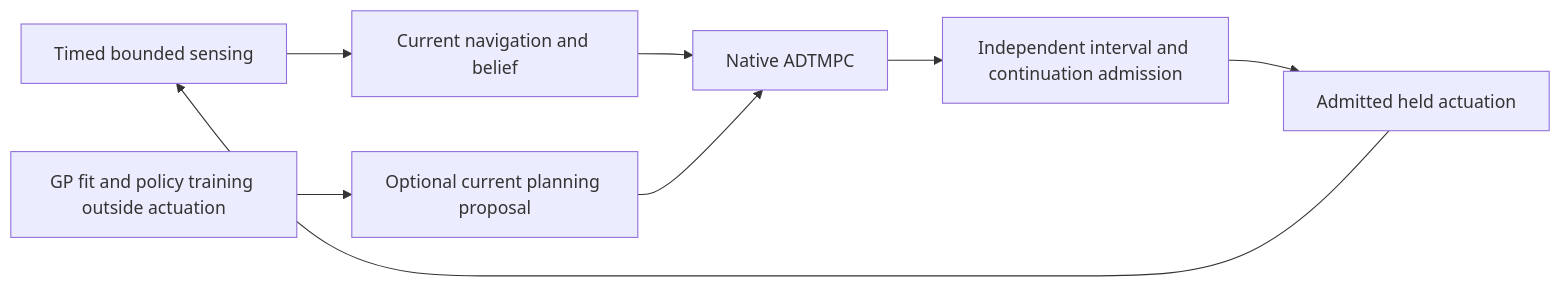
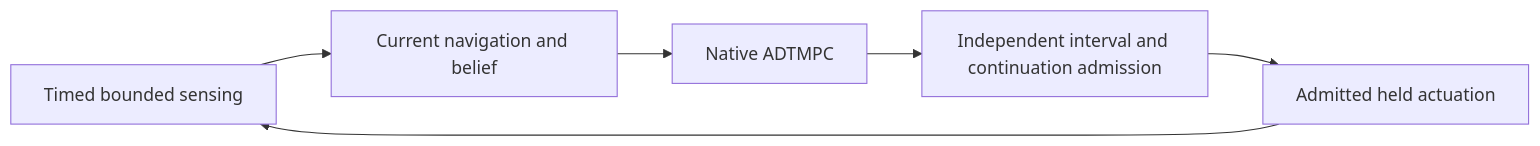
One commit to aaronjs99/orbex-a changed the diagram in docs/control-foundations.md. Above: the diagram before and after it, drawn with Mermaid. The commit also changed other lines of this file and 93 other files, not shown here.

````diff
--- a/docs/control-foundations.md
+++ b/docs/control-foundations.md
@@ -715,10 +399,8 @@
 ```mermaid
 flowchart LR
   S[Timed bounded sensing] --> A[Current navigation and belief]
   A --> N[Native ADTMPC]
-  P[Optional current planning proposal] --> N
   N --> G[Independent interval and continuation admission]
   G --> H[Admitted held actuation]
   H --> S
-  L[GP fit and policy training outside actuation] --> P
 ```
````
